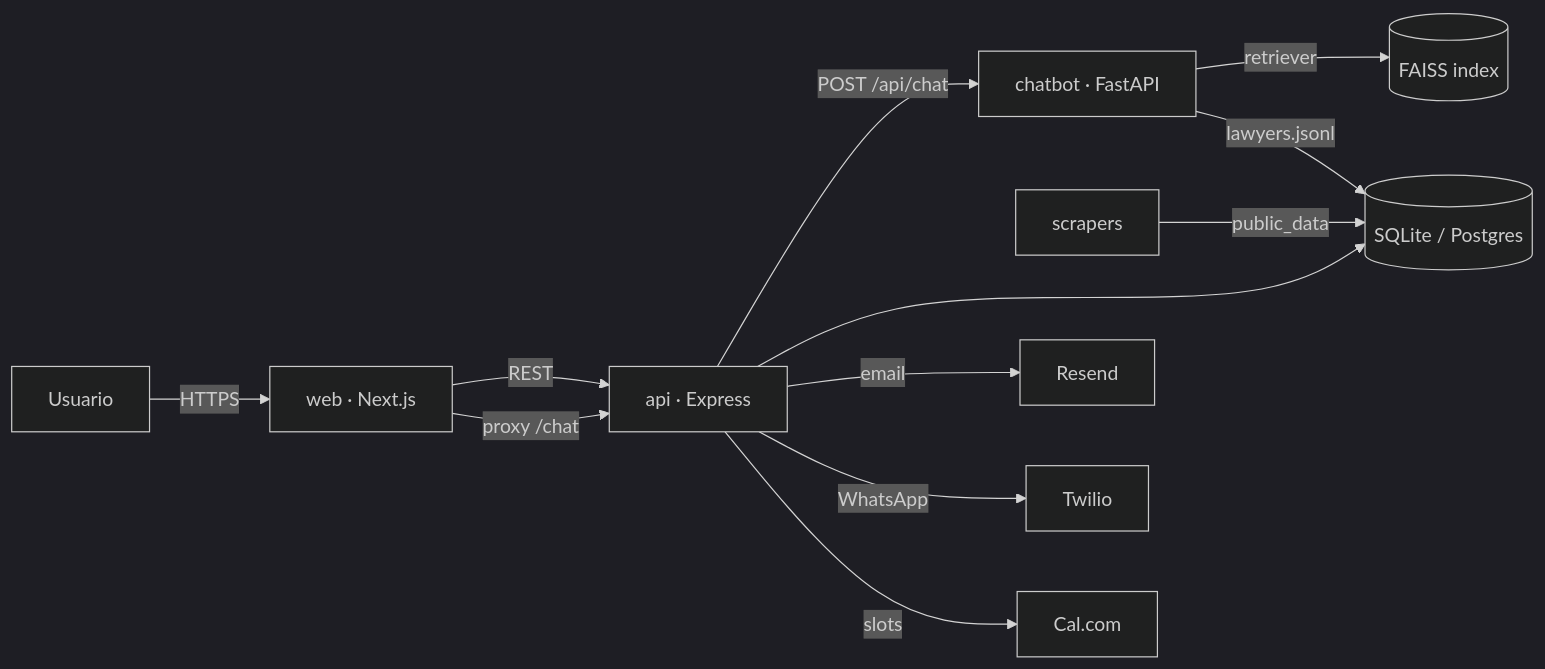
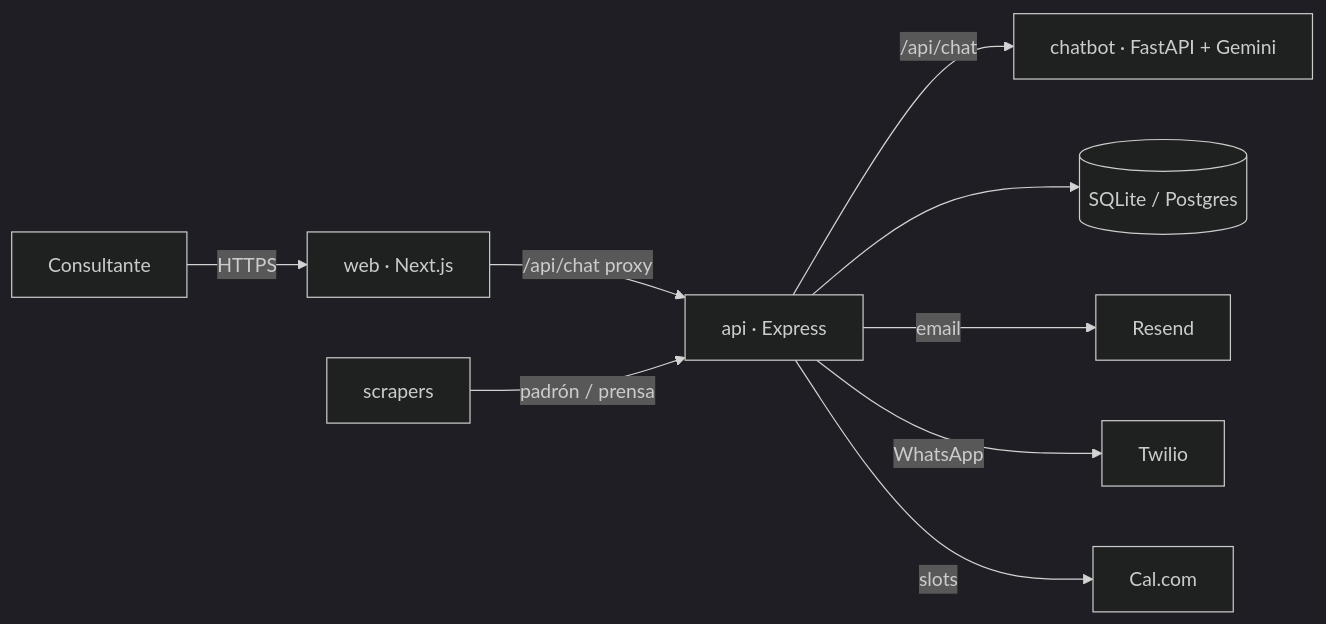
One commit to rodsimonc/CC changed the diagram in README.md. Above: the diagram before and after it, drawn with Mermaid (dark theme). The commit also changed other lines of this file and 14 other files, not shown here.

````diff
--- a/README.md
+++ b/README.md
@@ -24,14 +28,11 @@
 ```mermaid
 flowchart LR
-    U[Usuario] -->|HTTPS| W[web · Next.js]
-    W -->|REST| A[api · Express]
-    W -->|proxy /chat| A
-    A -->|POST /api/chat| C[chatbot · FastAPI]
-    C -->|retriever| F[(FAISS index)]
-    S[scrapers] -->|public_data| DB[(SQLite / Postgres)]
-    A --> DB
-    C -->|lawyers.jsonl| DB
+    U[Consultante] -->|HTTPS| W[web · Next.js]
+    W -->|/api/chat proxy| A[api · Express]
+    A -->|/api/chat| C[chatbot · FastAPI + Gemini]
+    A --> DB[(SQLite / Postgres)]
+    S[scrapers] -->|padrón / prensa| A
     A -->|email| R[Resend]
     A -->|WhatsApp| T[Twilio]
     A -->|slots| CAL[Cal.com]
 ```
````
